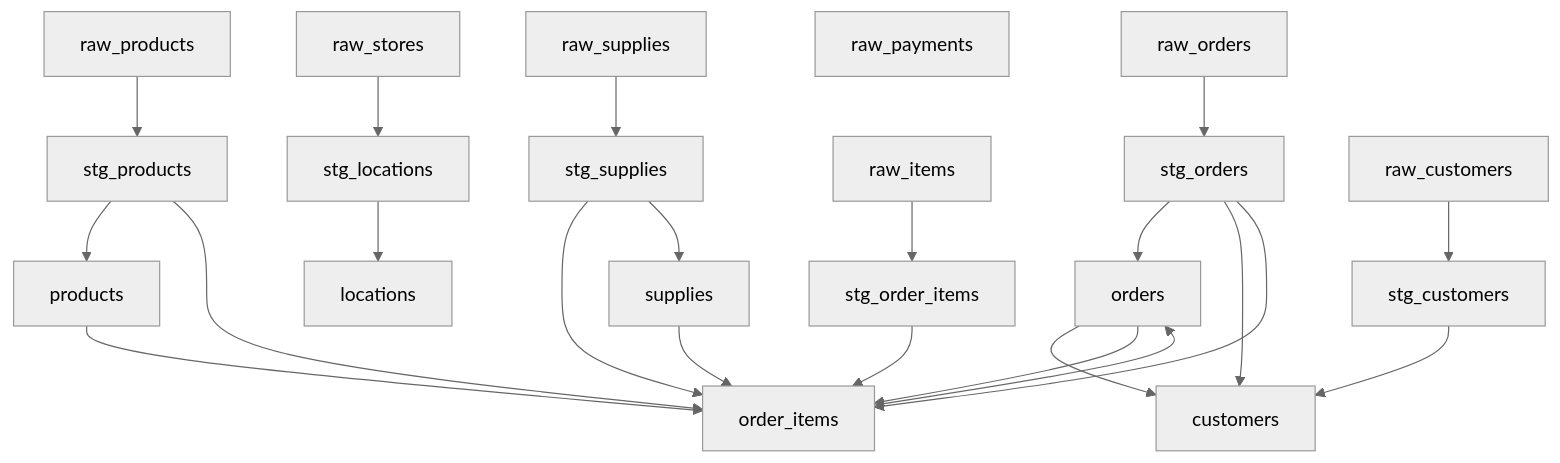
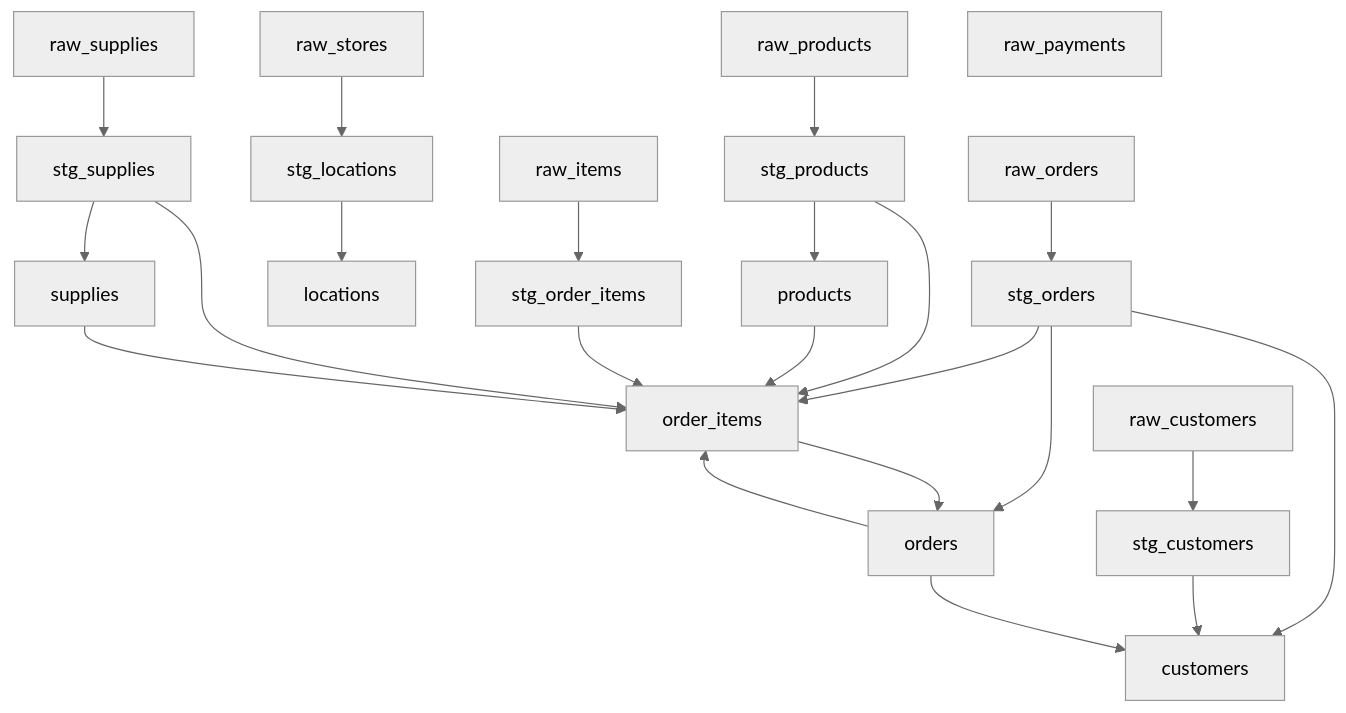
One commit to definite-app/crabwalk changed the diagram in examples/jaffle_shop/lineage.mmd. Above: the diagram before and after it, drawn with Mermaid (neutral theme). The commit also changed other lines of this file and 13 other files, not shown here.

```diff
--- a/examples/jaffle_shop/lineage.mmd
+++ b/examples/jaffle_shop/lineage.mmd
@@ -1,41 +1,41 @@
 graph TD
+    stg_locations
+    stg_orders
+    raw_stores
+    raw_items
+    order_items
+    raw_products
+    raw_supplies
+    stg_order_items
+    raw_orders
+    raw_payments
+    orders
     stg_customers
-    raw_orders
+    locations
     stg_products
-    stg_locations
-    raw_stores
-    raw_products
+    customers
+    supplies
+    products
+    raw_customers
     stg_supplies
-    stg_order_items
-    raw_items
-    stg_orders
-    raw_customers
-    raw_payments
-    products
-    orders
-    customers
-    locations
-    order_items
-    supplies
-    raw_supplies
-    raw_customers --> stg_customers
-    raw_products --> stg_products
     raw_stores --> stg_locations
-    raw_supplies --> stg_supplies
-    raw_items --> stg_order_items
     raw_orders --> stg_orders
-    stg_products --> products
-    order_items --> orders
-    stg_orders --> orders
-    stg_customers --> customers
-    stg_orders --> customers
-    orders --> customers
-    stg_locations --> locations
+    stg_orders --> order_items
+    stg_products --> order_items
     products --> order_items
-    stg_products --> order_items
-    stg_orders --> order_items
-    supplies --> order_items
     stg_order_items --> order_items
     orders --> order_items
     stg_supplies --> order_items
+    supplies --> order_items
+    raw_items --> stg_order_items
+    stg_orders --> orders
+    order_items --> orders
+    raw_customers --> stg_customers
+    stg_locations --> locations
+    raw_products --> stg_products
+    stg_orders --> customers
+    stg_customers --> customers
+    orders --> customers
     stg_supplies --> supplies
+    stg_products --> products
+    raw_supplies --> stg_supplies
```
